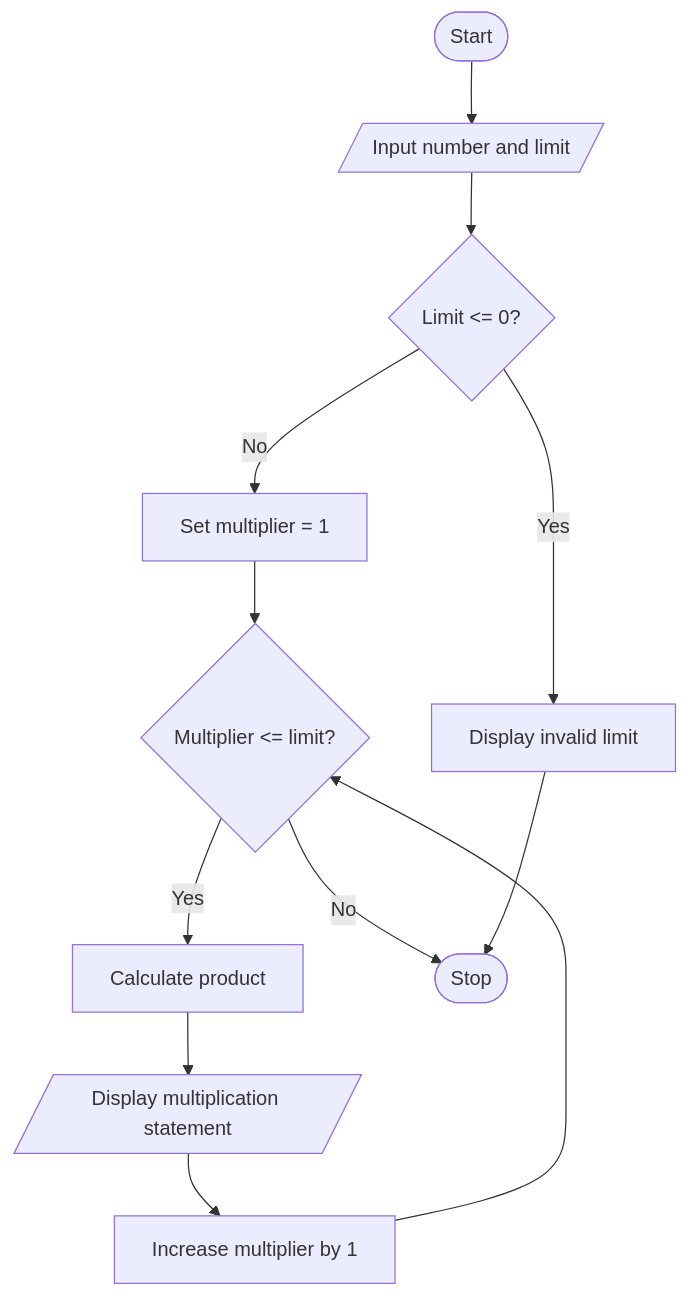
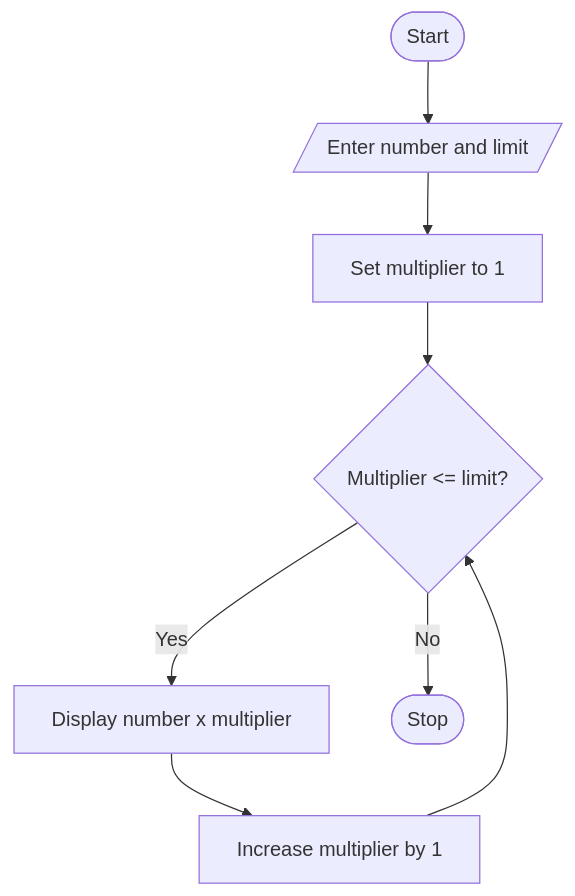
Before and after one commit to shaikishaa59-lab/ABL-PYTHON-: the diagram in 05_Multiplication_Table/algorithm_flowchart.md, drawn with Mermaid. The commit also changed other lines of this file, not shown here.

Commit message:
Simplify flowchart for Multiplication Table

````diff
--- a/05_Multiplication_Table/algorithm_flowchart.md
+++ b/05_Multiplication_Table/algorithm_flowchart.md
@@ -12,14 +3,10 @@
 ```mermaid
 flowchart TD
- A([Start]) --> B[/Input number and limit/]
- B --> C{Limit <= 0?}
- C -- Yes --> D[Display invalid limit]
- C -- No --> E[Set multiplier = 1]
- E --> F{Multiplier <= limit?}
- F -- Yes --> G[Calculate product]
- G --> H[/Display multiplication statement/]
- H --> I[Increase multiplier by 1]
- I --> F
- F -- No --> J([Stop])
- D --> J
+ A([Start]) --> B[/Enter number and limit/]
+ B --> C[Set multiplier to 1]
+ C --> D{Multiplier <= limit?}
+ D -- Yes --> E[Display number x multiplier]
+ E --> F[Increase multiplier by 1]
+ F --> D
+ D -- No --> G([Stop])
 ```
````
